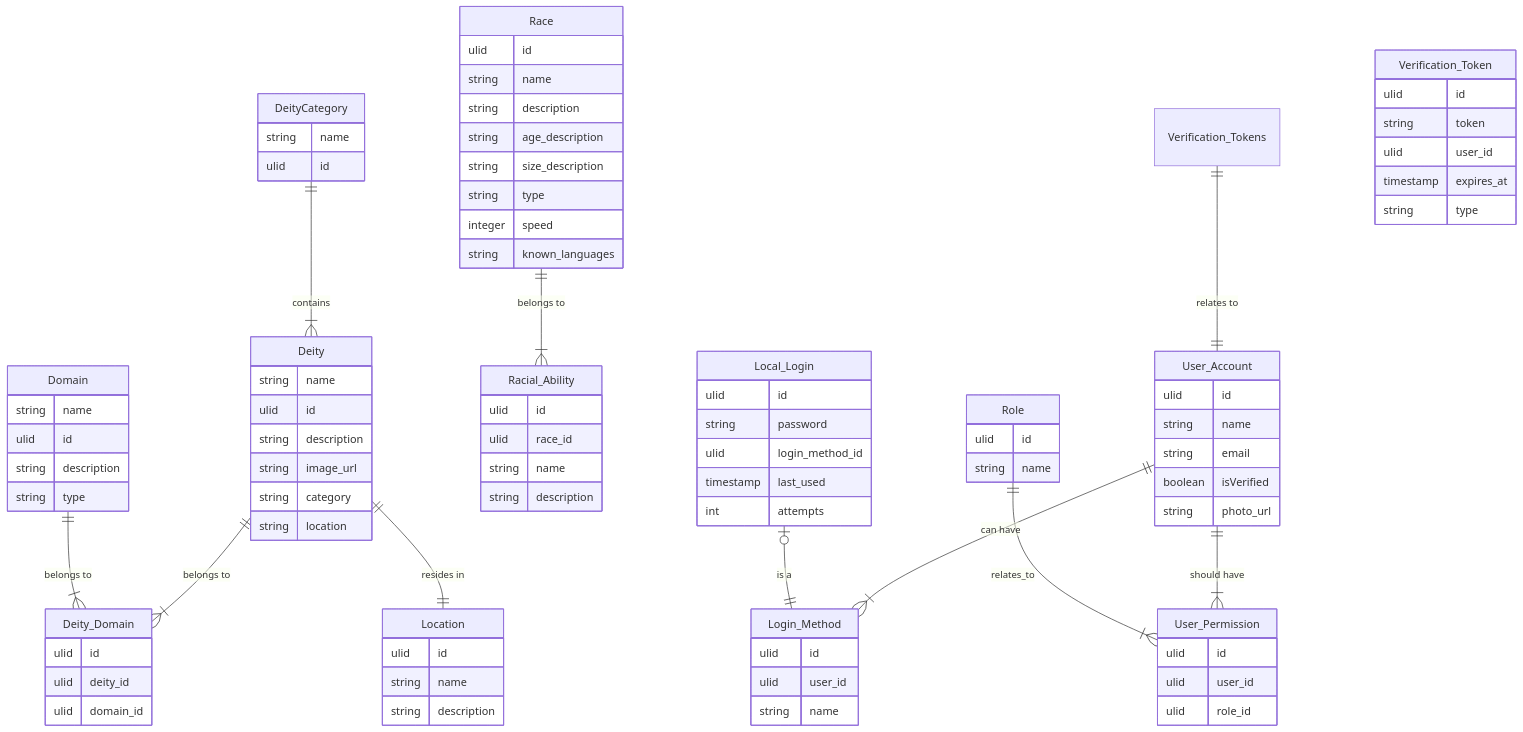
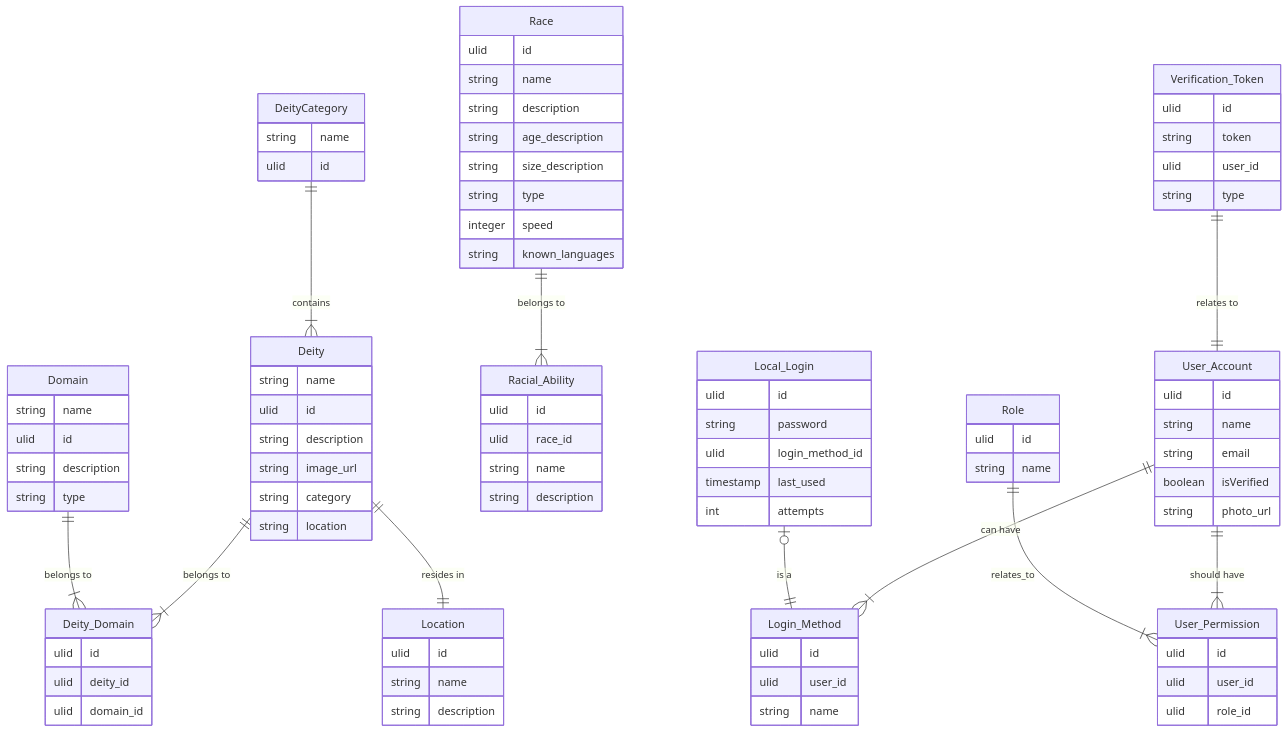
Before and after one commit to jmcdo29/unteris: the diagram in libs/db/migrations/diagram.mmd, drawn with Mermaid. The commit also changed 3 other files, not shown here.

Commit message:
fix: update verification token table types

```diff
--- a/libs/db/migrations/diagram.mmd
+++ b/libs/db/migrations/diagram.mmd
@@ -1,90 +1,89 @@
 erDiagram
     DeityCategory ||--|{ Deity : "contains"
     Deity ||--|{ Deity_Domain : "belongs to"
     Domain ||--|{ Deity_Domain : "belongs to"
     Deity ||--|| Location : "resides in"
     Race ||--|{ Racial_Ability : "belongs to"
     User_Account ||--|{ Login_Method : "can have"
     Local_Login |o--|| Login_Method : "is a"
     User_Account ||--|{ User_Permission : "should have"
-    Verification_Tokens ||--|| User_Account : "relates to"
+    Verification_Token ||--|| User_Account : "relates to"
     Role ||--|{ User_Permission : "relates_to"
     DeityCategory {
         string name
         ulid id
     }
     Deity {
         string name
         ulid id
         string description
         string image_url
         string category
         string location
     }
     Domain {
         string name
         ulid id
         string description
         string type
     }
     Deity_Domain {
         ulid id
         ulid deity_id
         ulid domain_id
     }
     Location {
         ulid id
         string name
         string description
     }
     Race {
         ulid id
         string name
         string description
         string age_description
         string size_description
         string type
         integer speed
         string known_languages
     }
     Racial_Ability {
         ulid id
         ulid race_id
         string name
         string description
     }
     User_Account {
         ulid id
         string name
         string email
         boolean isVerified
         string photo_url
     }
     User_Permission {
         ulid id
         ulid user_id
         ulid role_id
     }
     Login_Method {
         ulid id
         ulid user_id
         string name
     }
     Local_Login {
         ulid id
         string password
         ulid login_method_id
         timestamp last_used
         int attempts
     }
     Role {
         ulid id
         string name
     }
     Verification_Token {
         ulid id
         string token
         ulid user_id
-        timestamp expires_at
         string type
     }
```
